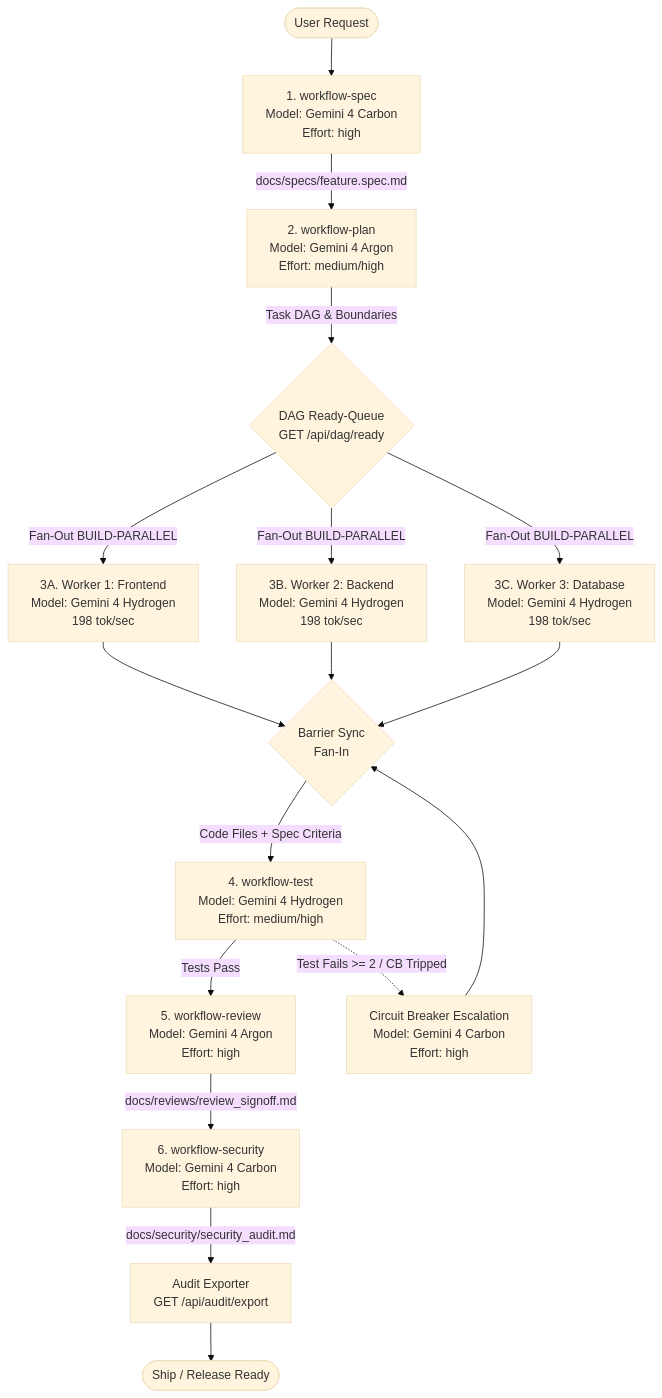
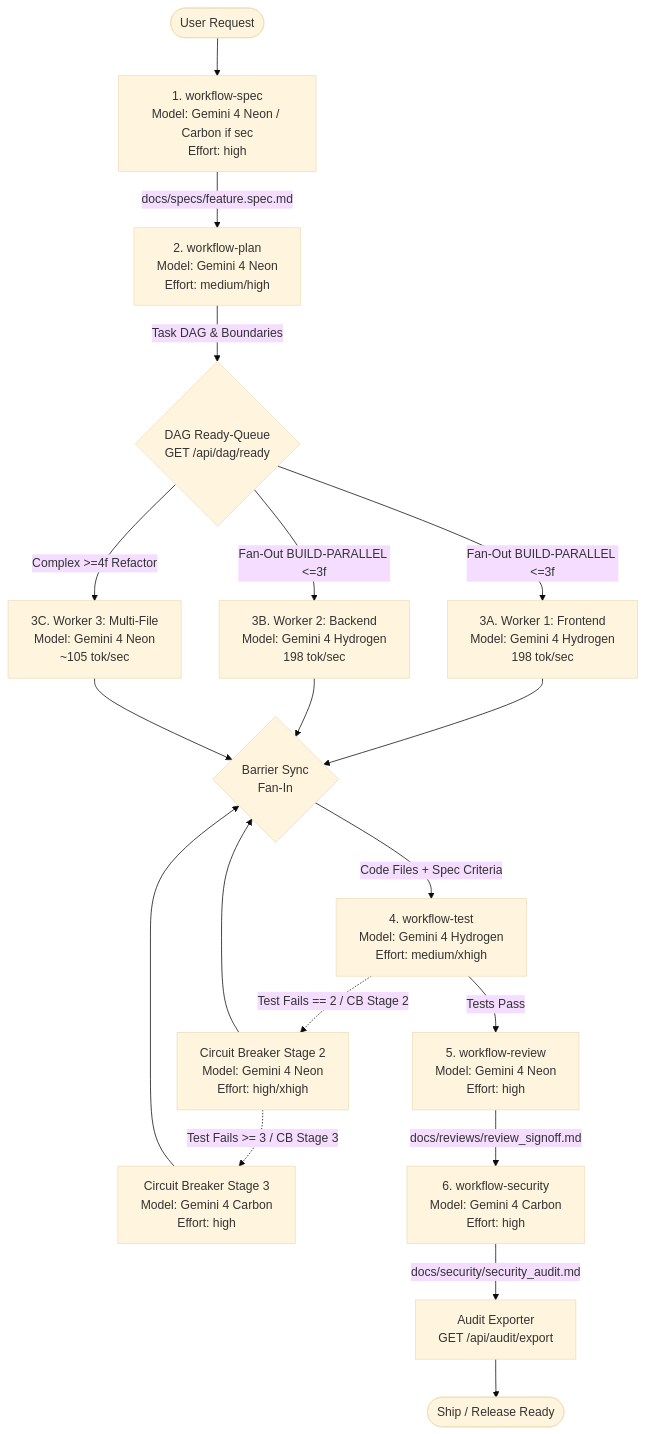
One commit to chien334/antigravity-orchestrator changed the diagram in packages/workflows/workflow-pipeline.md. Above: the diagram before and after it, drawn with Mermaid (base theme). The commit also changed other lines of this file and 8 other files, not shown here.

Commit message:
feat(skills,workflows): align multi-agent skill and workflows with Gemini 4 Neon SWE fleet

````diff
--- a/packages/workflows/workflow-pipeline.md
+++ b/packages/workflows/workflow-pipeline.md
@@ -12,24 +12,26 @@
 ```mermaid
 flowchart TD
-    Start([User Request]) --> S1[1. workflow-spec\nModel: Gemini 4 Carbon\nEffort: high]
-    S1 -->|docs/specs/feature.spec.md| S2[2. workflow-plan\nModel: Gemini 4 Argon\nEffort: medium/high]
+    Start([User Request]) --> S1[1. workflow-spec\nModel: Gemini 4 Neon / Carbon if sec\nEffort: high]
+    S1 -->|docs/specs/feature.spec.md| S2[2. workflow-plan\nModel: Gemini 4 Neon\nEffort: medium/high]
     
     S2 -->|Task DAG & Boundaries| S3Ready{DAG Ready-Queue\nGET /api/dag/ready}
-    S3Ready -->|Fan-Out BUILD-PARALLEL| S3A[3A. Worker 1: Frontend\nModel: Gemini 4 Hydrogen\n198 tok/sec]
-    S3Ready -->|Fan-Out BUILD-PARALLEL| S3B[3B. Worker 2: Backend\nModel: Gemini 4 Hydrogen\n198 tok/sec]
-    S3Ready -->|Fan-Out BUILD-PARALLEL| S3C[3C. Worker 3: Database\nModel: Gemini 4 Hydrogen\n198 tok/sec]
+    S3Ready -->|Fan-Out BUILD-PARALLEL <=3f| S3A[3A. Worker 1: Frontend\nModel: Gemini 4 Hydrogen\n198 tok/sec]
+    S3Ready -->|Fan-Out BUILD-PARALLEL <=3f| S3B[3B. Worker 2: Backend\nModel: Gemini 4 Hydrogen\n198 tok/sec]
+    S3Ready -->|Complex >=4f Refactor| S3C[3C. Worker 3: Multi-File\nModel: Gemini 4 Neon\n~105 tok/sec]
     
     S3A --> S3Sync{Barrier Sync\nFan-In}
     S3B --> S3Sync
     S3C --> S3Sync
     
-    S3Sync -->|Code Files + Spec Criteria| S4[4. workflow-test\nModel: Gemini 4 Hydrogen\nEffort: medium/high]
+    S3Sync -->|Code Files + Spec Criteria| S4[4. workflow-test\nModel: Gemini 4 Hydrogen\nEffort: medium/xhigh]
     
-    S4 -->|Tests Pass| S5[5. workflow-review\nModel: Gemini 4 Argon\nEffort: high]
-    S4 -.->|Test Fails >= 2 / CB Tripped| SCB[Circuit Breaker Escalation\nModel: Gemini 4 Carbon\nEffort: high]
-    SCB --> S3Sync
+    S4 -->|Tests Pass| S5[5. workflow-review\nModel: Gemini 4 Neon\nEffort: high]
+    S4 -.->|Test Fails == 2 / CB Stage 2| SCB2[Circuit Breaker Stage 2\nModel: Gemini 4 Neon\nEffort: high/xhigh]
+    SCB2 -.->|Test Fails >= 3 / CB Stage 3| SCB3[Circuit Breaker Stage 3\nModel: Gemini 4 Carbon\nEffort: high]
+    SCB2 --> S3Sync
+    SCB3 --> S3Sync
 
     S5 -->|docs/reviews/review_signoff.md| S6[6. workflow-security\nModel: Gemini 4 Carbon\nEffort: high]
     S6 -->|docs/security/security_audit.md| Audit[Audit Exporter\nGET /api/audit/export]
     Audit --> Done([Ship / Release Ready])
 ```
````
